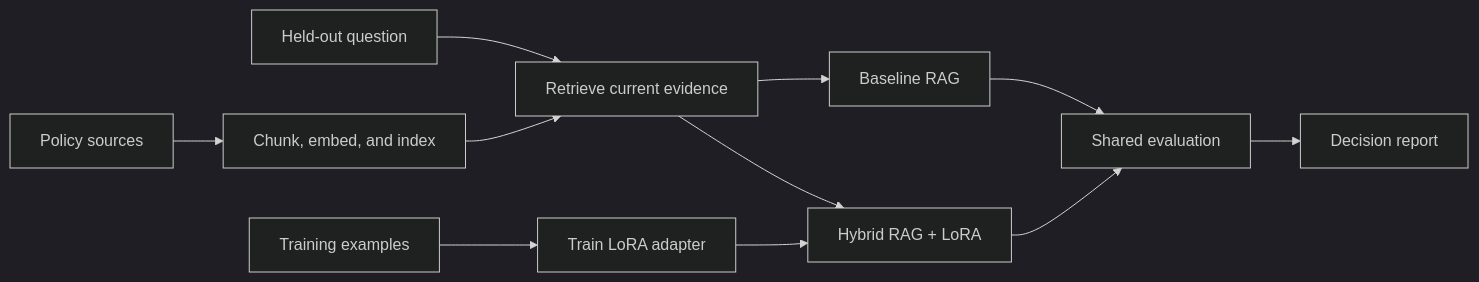
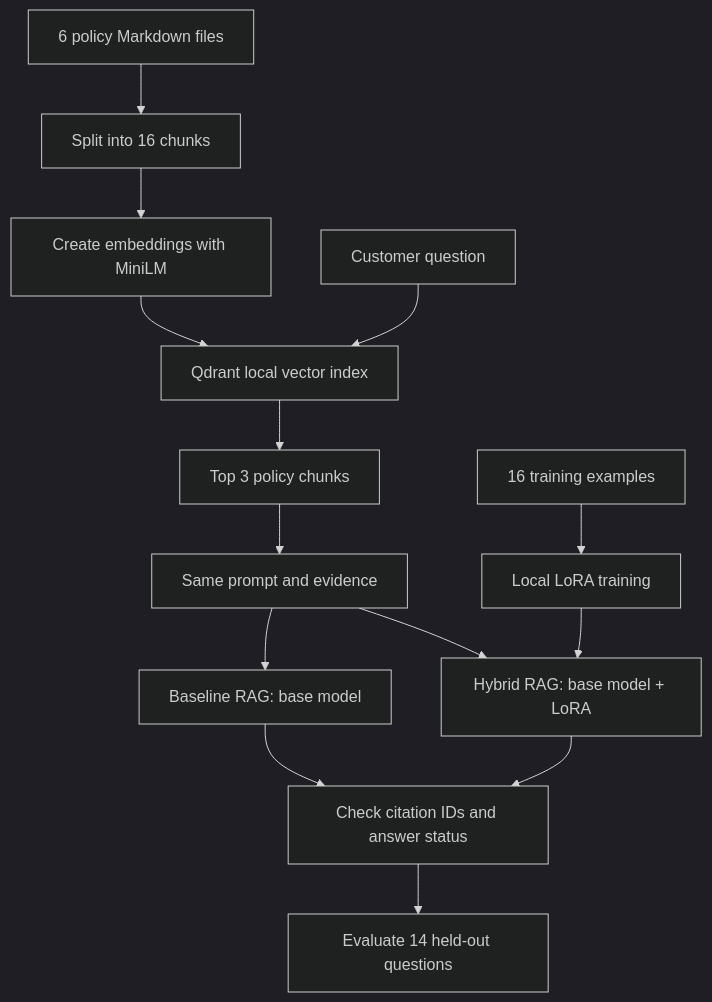
Before and after one commit to bootcampyoussef/mle-finetuning-rag-project: the diagram in README.md, drawn with Mermaid (dark theme). The commit also changed other lines of this file, not shown here.

Commit message:
docs: add project architecture and evaluation results

````diff
--- a/README.md
+++ b/README.md
@@ -30,13 +26,16 @@
 ```mermaid
-flowchart LR
-    A["Policy sources"] --> B["Chunk, embed, and index"]
-    C["Training examples"] --> D["Train LoRA adapter"]
-    Q["Held-out question"] --> E["Retrieve current evidence"]
-    B --> E
-    E --> F["Baseline RAG"]
-    E --> G["Hybrid RAG + LoRA"]
-    D --> G
-    F --> H["Shared evaluation"]
-    G --> H
-    H --> I["Decision report"]
+flowchart TD
+    A[6 policy Markdown files] --> B[Split into 16 chunks]
+    B --> C[Create embeddings with MiniLM]
+    C --> D[Qdrant local vector index]
+    Q[Customer question] --> D
+    D --> E[Top 3 policy chunks]
+    E --> F[Same prompt and evidence]
+    F --> G[Baseline RAG: base model]
+    F --> H[Hybrid RAG: base model + LoRA]
+    T[16 training examples] --> L[Local LoRA training]
+    L --> H
+    G --> V[Check citation IDs and answer status]
+    H --> V
+    V --> R[Evaluate 14 held-out questions]
 ```
````
